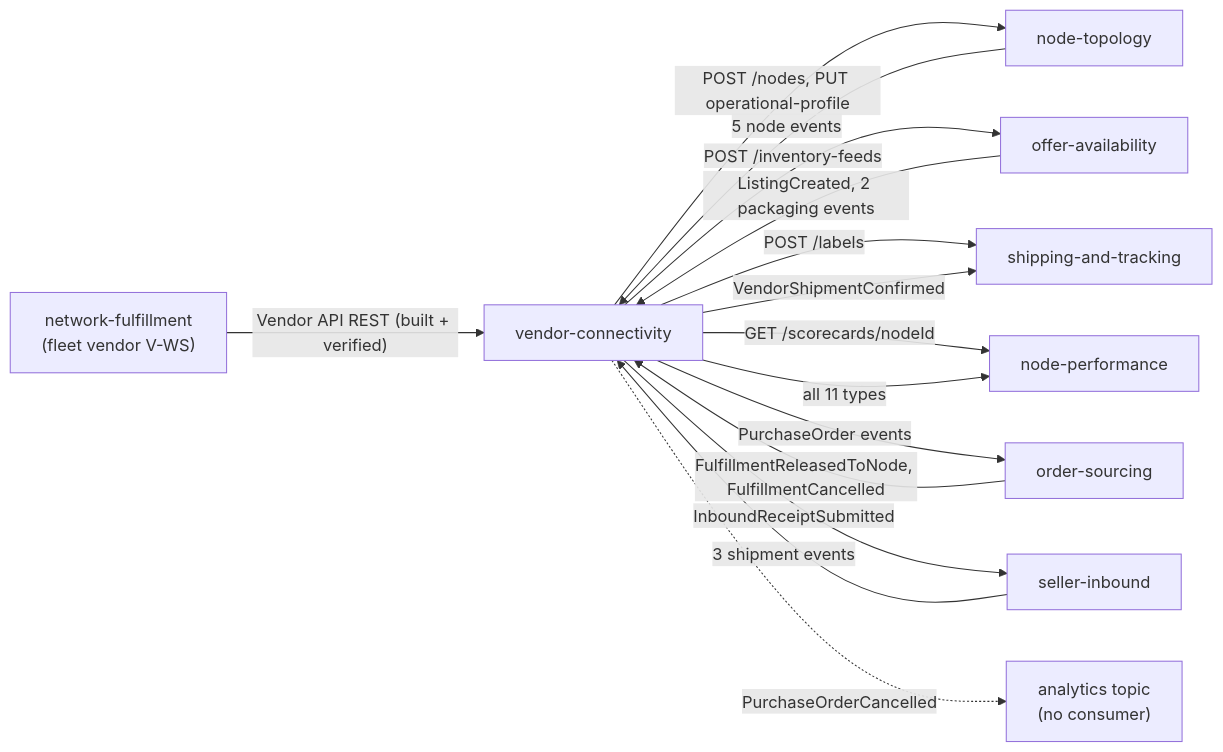
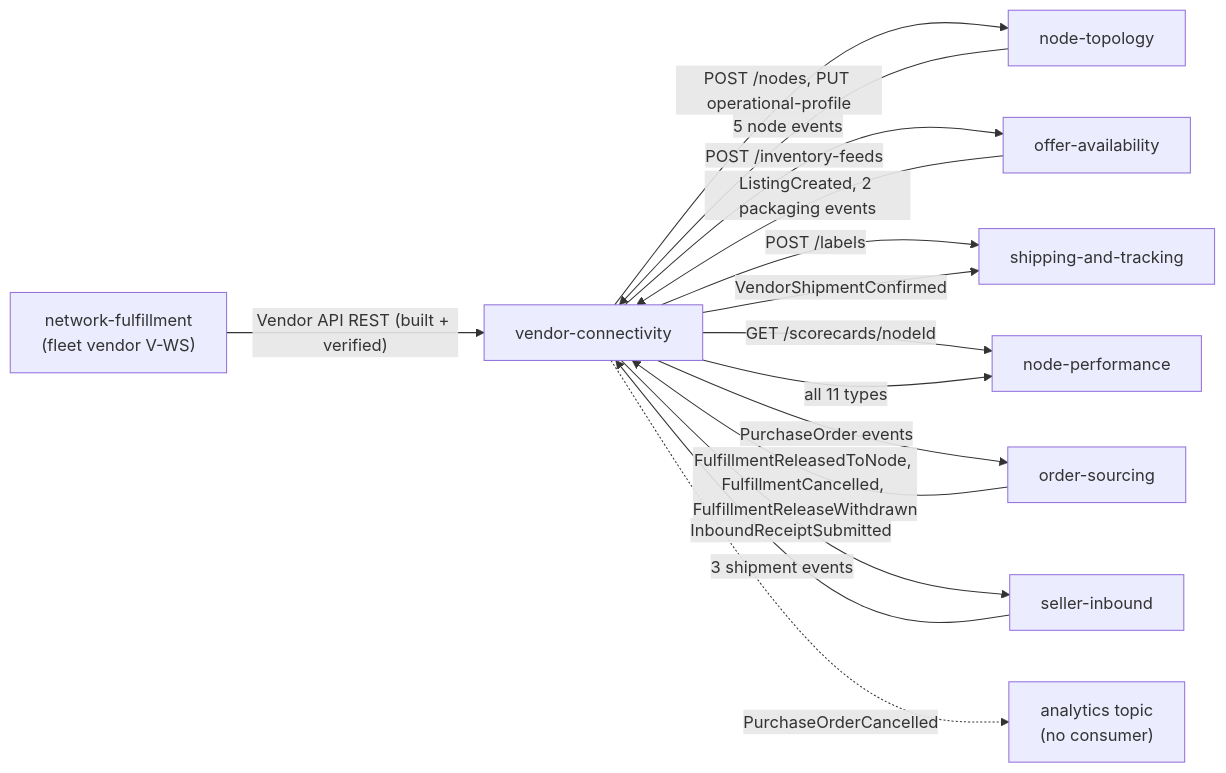
The diagram in docs/docs/ecosystem/integration.md (IQVO/vendor-connectivity), drawn with Mermaid before and after one commit. The commit also changed other lines of this file and 10 other files, not shown here.

Commit message:
docs(spec): FulfillmentReleaseWithdrawn consumed contract, catalogue and docs (ADR 0013)

````diff
--- a/docs/docs/ecosystem/integration.md
+++ b/docs/docs/ecosystem/integration.md
@@ -26,26 +26,26 @@
 ```mermaid
 flowchart LR
     NF["network-fulfillment<br/>(fleet vendor V-WS)"]
     OS["order-sourcing"]
     NT["node-topology"]
     OA["offer-availability"]
     SI["seller-inbound"]
     ST["shipping-and-tracking"]
     NP["node-performance"]
     VC["vendor-connectivity"]
     AN["analytics topic<br/>(no consumer)"]
     NF -- "Vendor API REST (built + verified)" --> VC
-    OS -- "FulfillmentReleasedToNode, FulfillmentCancelled" --> VC
+    OS -- "FulfillmentReleasedToNode, FulfillmentCancelled, FulfillmentReleaseWithdrawn" --> VC
     NT -- "5 node events" --> VC
     OA -- "ListingCreated, 2 packaging events" --> VC
     SI -- "3 shipment events" --> VC
     VC -- "POST /nodes, PUT operational-profile" --> NT
     VC -- "POST /inventory-feeds" --> OA
     VC -- "POST /labels" --> ST
     VC -- "GET /scorecards/nodeId" --> NP
     VC -- "PurchaseOrder events" --> OS
     VC -- "VendorShipmentConfirmed" --> ST
     VC -- "all 11 types" --> NP
     VC -- "InboundReceiptSubmitted" --> SI
     VC -. "PurchaseOrderCancelled" .-> AN
 ```
````
